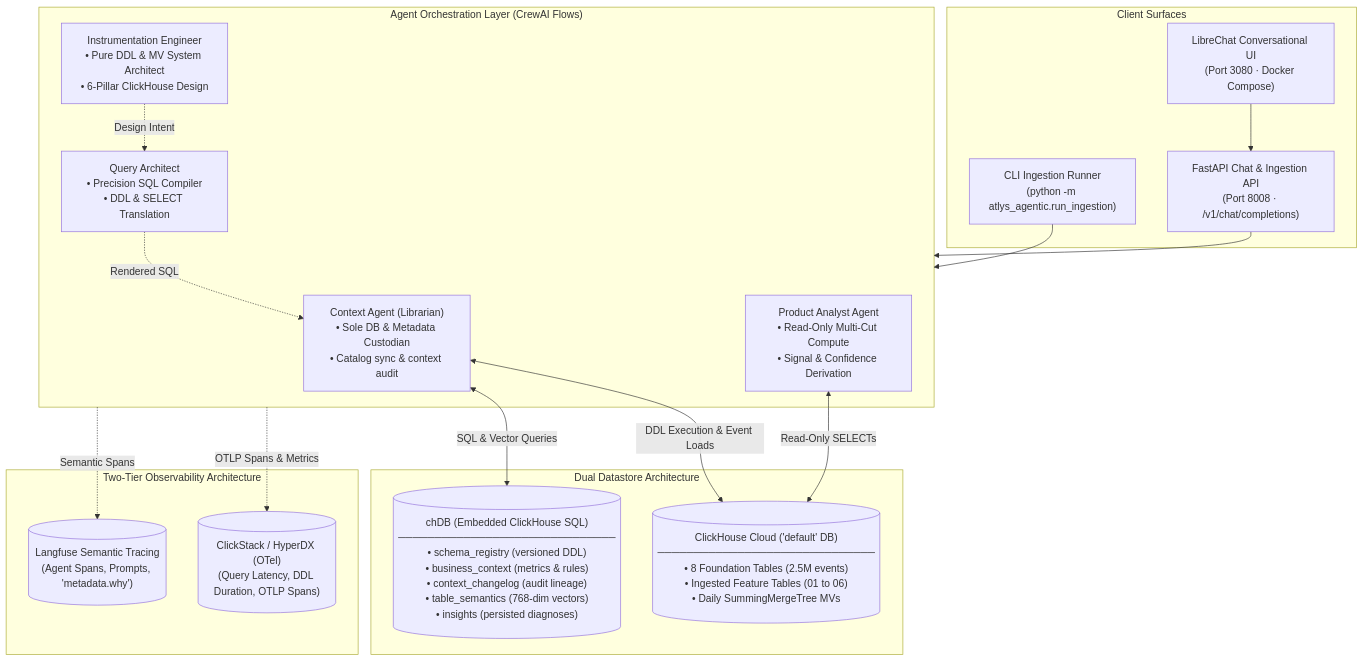
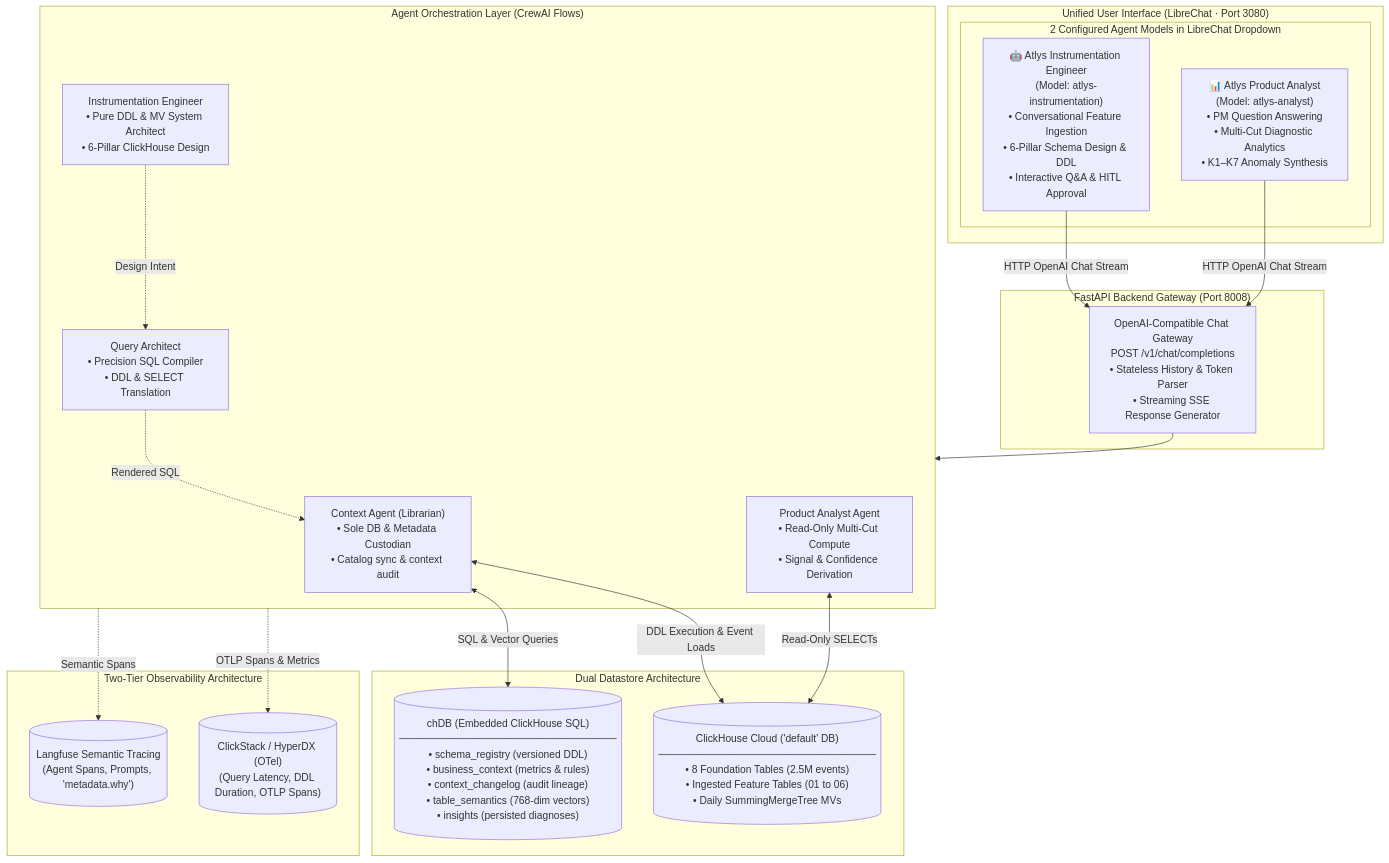
The first of 6 diagrams in ARCHITECTURE.md (deepesh17feb/InsightMesh), drawn with Mermaid before and after one commit. The commit also changed other lines of this file and 1 other file, not shown here.

Commit message:
docs: unify user interface documentation around 2 configured LibreChat agents

````diff
--- a/ARCHITECTURE.md
+++ b/ARCHITECTURE.md
@@ -30,38 +31,43 @@
 ```mermaid
 flowchart TB
-    subgraph ClientSurfaces ["Client Surfaces"]
-        LC["LibreChat Conversational UI<br/>(Port 3080 · Docker Compose)"]
-        CLI["CLI Ingestion Runner<br/>(python -m atlys_agentic.run_ingestion)"]
-        HTTP["FastAPI Chat & Ingestion API<br/>(Port 8008 · /v1/chat/completions)"]
+    subgraph UserInterface ["Unified User Interface (LibreChat · Port 3080)"]
+        subgraph LibreChatModels ["2 Configured Agent Models in LibreChat Dropdown"]
+            M1["🤖 Atlys Instrumentation Engineer<br/>(Model: atlys-instrumentation)<br/>• Conversational Feature Ingestion<br/>• 6-Pillar Schema Design & DDL<br/>• Interactive Q&A & HITL Approval"]
+            M2["📊 Atlys Product Analyst<br/>(Model: atlys-analyst)<br/>• PM Question Answering<br/>• Multi-Cut Diagnostic Analytics<br/>• K1–K7 Anomaly Synthesis"]
+        end
+    end
+
+    subgraph APIGateway ["FastAPI Backend Gateway (Port 8008)"]
+        CHAT_API["OpenAI-Compatible Chat Gateway<br/>POST /v1/chat/completions<br/>• Stateless History & Token Parser<br/>• Streaming SSE Response Generator"]
     end
 
     subgraph AgentOrchestration ["Agent Orchestration Layer (CrewAI Flows)"]
         CL["Context Agent (Librarian)<br/>• Sole DB & Metadata Custodian<br/>• Catalog sync & context audit"]
         IE["Instrumentation Engineer<br/>• Pure DDL & MV System Architect<br/>• 6-Pillar ClickHouse Design"]
         QA["Query Architect<br/>• Precision SQL Compiler<br/>• DDL & SELECT Translation"]
         PA["Product Analyst Agent<br/>• Read-Only Multi-Cut Compute<br/>• Signal & Confidence Derivation"]
     end
 
     subgraph StorageLayer ["Dual Datastore Architecture"]
         CHDB[("chDB (Embedded ClickHouse SQL)<br/>──────────────────────────────<br/>• schema_registry (versioned DDL)<br/>• business_context (metrics & rules)<br/>• context_changelog (audit lineage)<br/>• table_semantics (768-dim vectors)<br/>• insights (persisted diagnoses)")]
         CHCLOUD[("ClickHouse Cloud ('default' DB)<br/>──────────────────────────────<br/>• 8 Foundation Tables (2.5M events)<br/>• Ingested Feature Tables (01 to 06)<br/>• Daily SummingMergeTree MVs")]
     end
 
     subgraph ObservabilityLayer ["Two-Tier Observability Architecture"]
         LF[("Langfuse Semantic Tracing<br/>(Agent Spans, Prompts, 'metadata.why')")]
         CS[("ClickStack / HyperDX (OTel)<br/>(Query Latency, DDL Duration, OTLP Spans)")]
     end
 
-    LC --> HTTP
-    CLI --> AgentOrchestration
-    HTTP --> AgentOrchestration
+    M1 -->|HTTP OpenAI Chat Stream| CHAT_API
+    M2 -->|HTTP OpenAI Chat Stream| CHAT_API
+    CHAT_API --> AgentOrchestration
 
     CL <-->|SQL & Vector Queries| CHDB
     CL <-->|DDL Execution & Event Loads| CHCLOUD
     PA <-->|Read-Only SELECTs| CHCLOUD
     IE -.->|Design Intent| QA
     QA -.->|Rendered SQL| CL
 
     AgentOrchestration -.->|Semantic Spans| LF
     AgentOrchestration -.->|OTLP Spans & Metrics| CS
 ```
````
